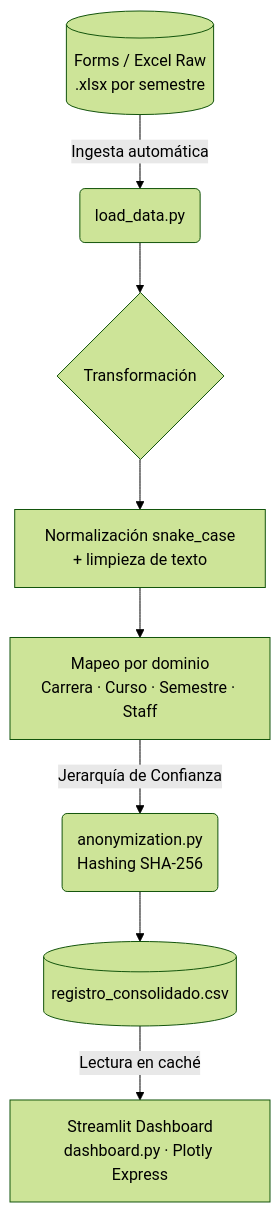
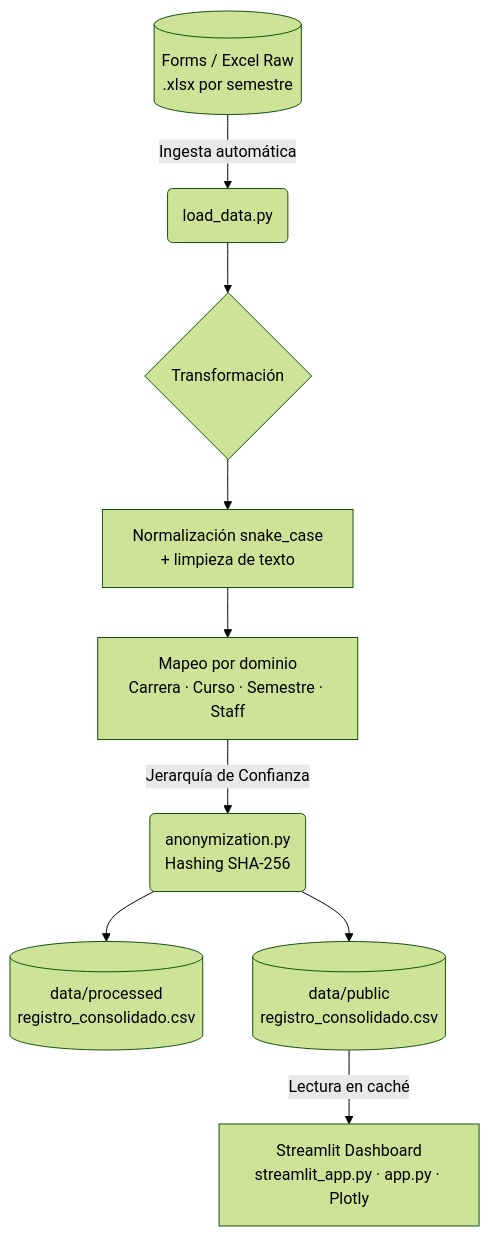
One commit to JuanEstiven-Data/registro_LEA changed the diagram in README.md. Above: the diagram before and after it, drawn with Mermaid (forest theme). The commit also changed other lines of this file and 4 other files, not shown here.

````diff
--- a/README.md
+++ b/README.md
@@ -36,10 +36,11 @@
 ```mermaid
 graph TD
     A[(Forms / Excel Raw<br/>.xlsx por semestre)] -->|Ingesta automática| B(load_data.py)
     B --> C{Transformación}
     C --> D[Normalización snake_case<br/>+ limpieza de texto]
     D --> E[Mapeo por dominio<br/>Carrera · Curso · Semestre · Staff]
     E -->|Jerarquía de Confianza| F(anonymization.py<br/>Hashing SHA-256)
-    F --> G[(registro_consolidado.csv)]
-    G -->|Lectura en caché| H[Streamlit Dashboard<br/>dashboard.py · Plotly Express]
+    F --> G[(data/processed<br/>registro_consolidado.csv)]
+    F --> I[(data/public<br/>registro_consolidado.csv)]
+    I -->|Lectura en caché| H[Streamlit Dashboard<br/>streamlit_app.py · app.py · Plotly]
 ```
````
